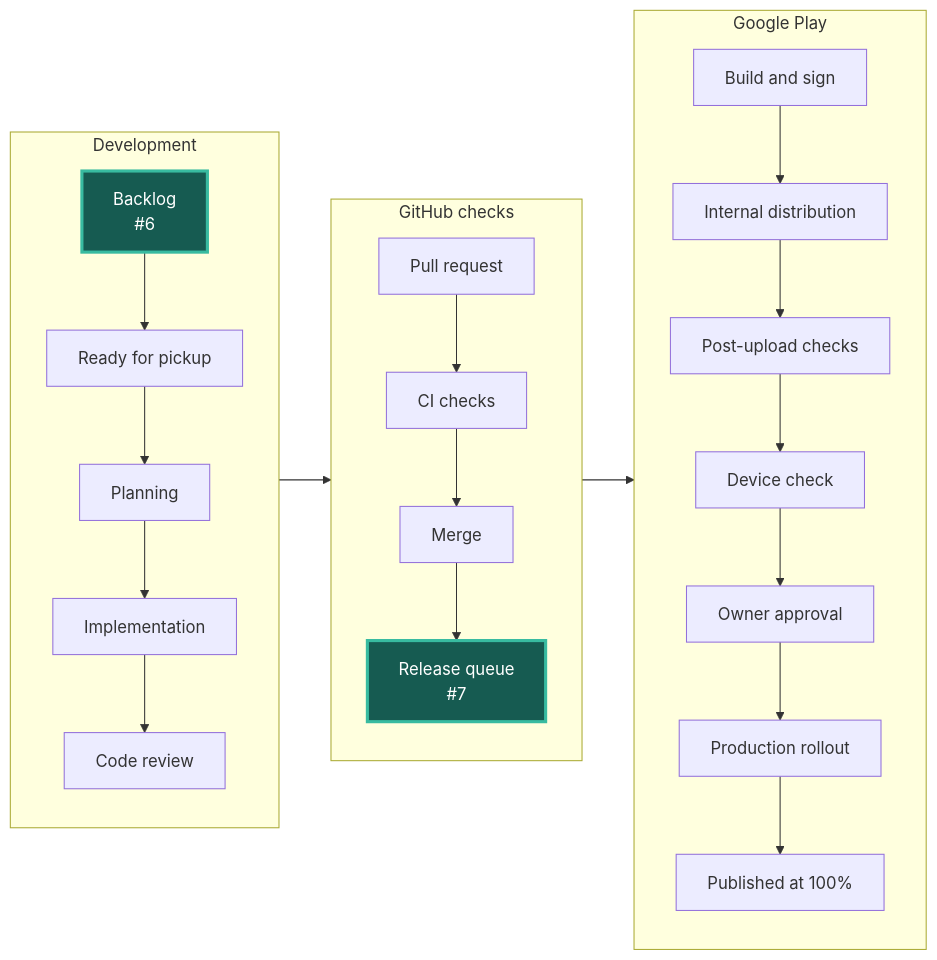
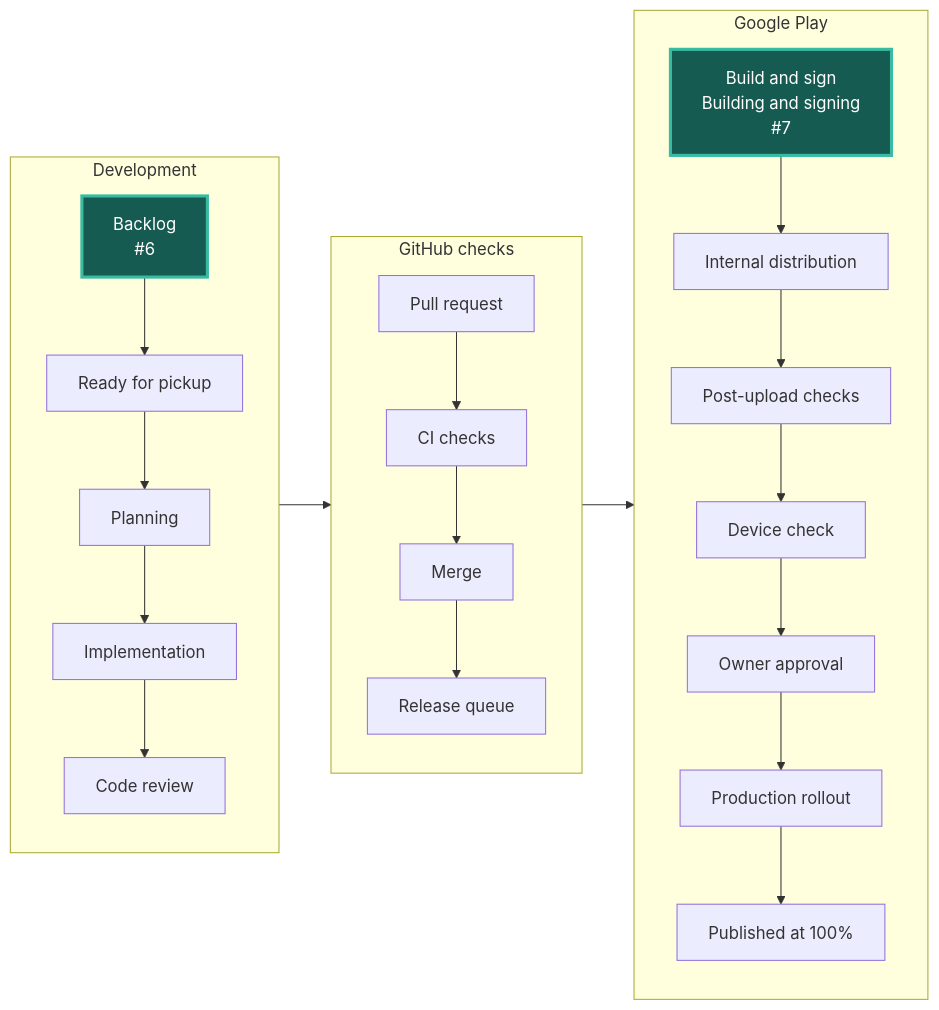
One commit to Oziomajnr/ChessTournamentManager changed the diagram in STATUS.md. Above: the diagram before and after it, drawn with Mermaid. The commit also changed other lines of this file and 1 other file, not shown here.

Commit message:
Refresh issue delivery graph

````diff
--- a/STATUS.md
+++ b/STATUS.md
@@ -5,35 +5,35 @@
 ```mermaid
 flowchart LR
     accTitle: Current issue positions in the delivery workflow
     accDescr: Development flows into GitHub checks and Google Play. Each issue number appears at its current step.
     subgraph development["Development"]
         direction TB
         backlog["Backlog<br/>#6"]:::occupied
         ready["Ready for pickup"]
         plan["Planning"]
         code["Implementation"]
         review["Code review"]
         backlog --> ready --> plan --> code --> review
     end
     subgraph integration["GitHub checks"]
         direction TB
         pull["Pull request"]
         ci["CI checks"]
         merge["Merge"]
-        queue["Release queue<br/>#7"]:::occupied
+        queue["Release queue"]
         pull --> ci --> merge --> queue
     end
     subgraph distribution["Google Play"]
         direction TB
-        build["Build and sign"]
+        build["Build and sign<br/>Building and signing<br/>#7"]:::occupied
         internal["Internal distribution"]
         reports["Post-upload checks"]
         device["Device check"]
         approval["Owner approval"]
         rollout["Production rollout"]
         published["Published at 100%"]
         build --> internal --> reports --> device --> approval --> rollout --> published
     end
     development --> integration --> distribution
     classDef occupied fill:#165b51,color:#ffffff,stroke:#38bba0,stroke-width:3px
 ```
````
